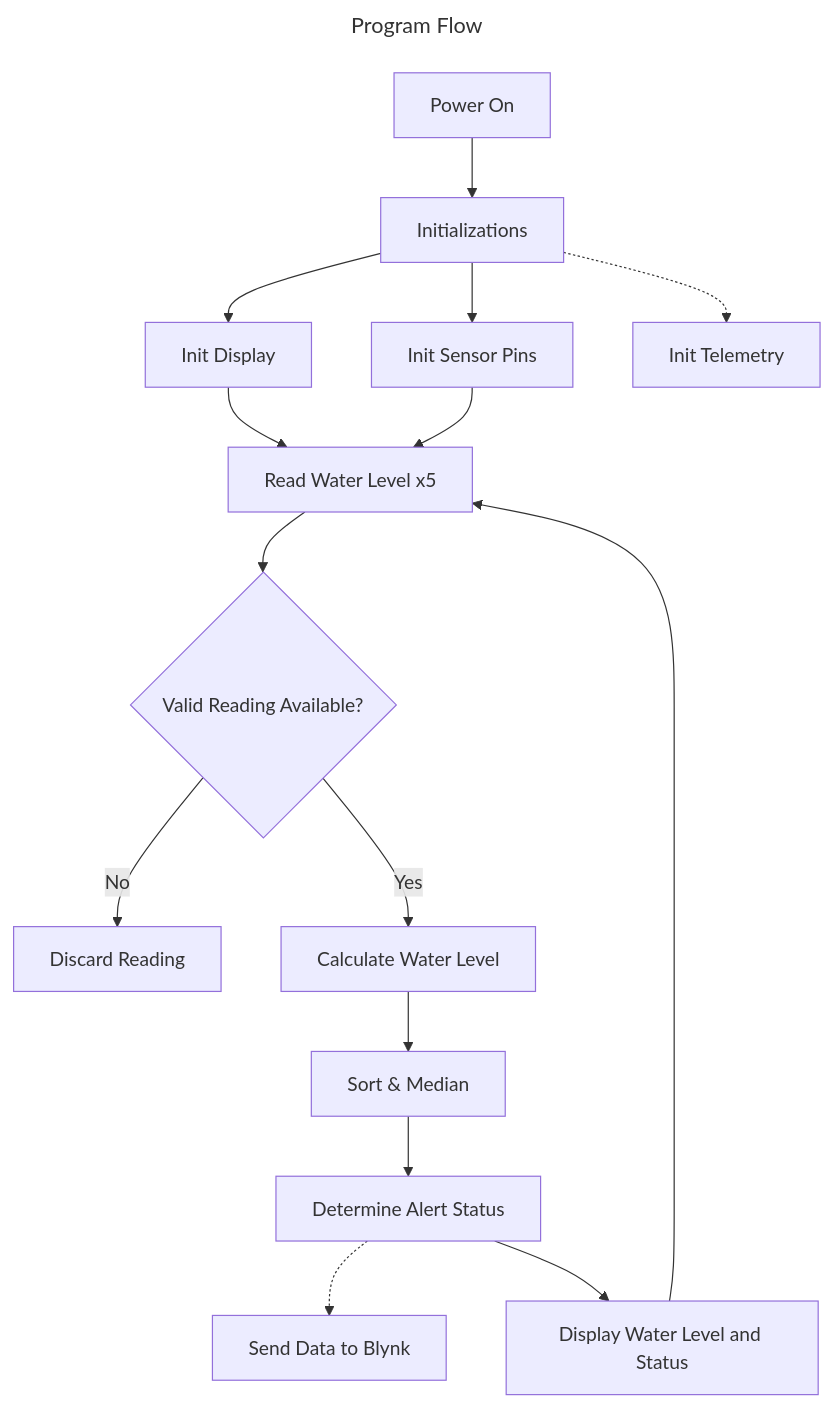
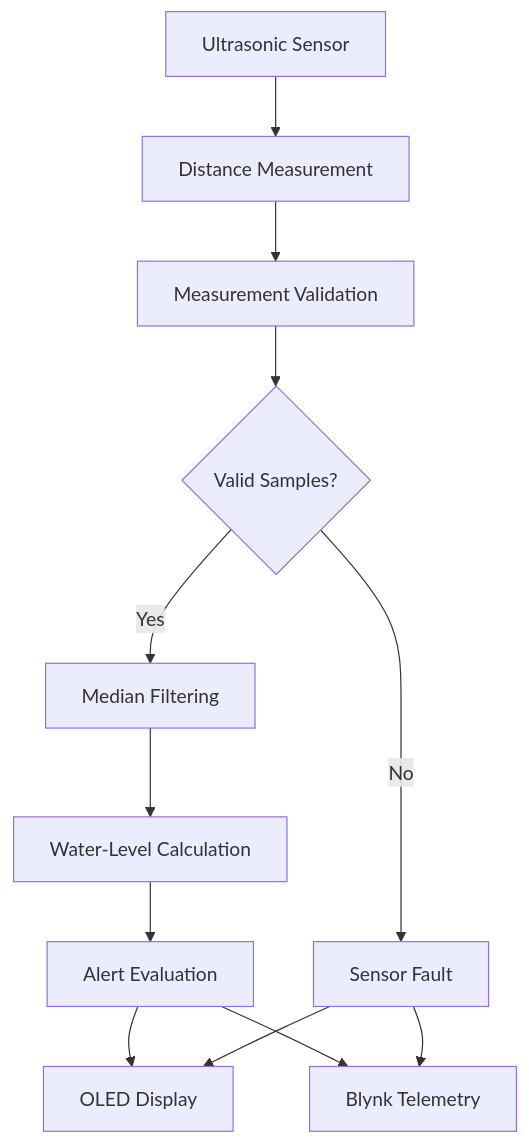
The diagram in docs/architecture.md (WizardInDminor/flood-detection), drawn with Mermaid before and after one commit. The commit also changed other lines of this file and 6 other files, not shown here.

````diff
--- a/docs/architecture.md
+++ b/docs/architecture.md
@@ -46,21 +105,14 @@
 ```mermaid
---- 
-title: "Program Flow" 
----
-flowchart TD  
-
-    A[Power On] --> B[Initializations]
-    B -->M[Init Display]
-    B -->K[Init Sensor Pins]
-    B -.->L[Init Telemetry]
-    M -->C[Read Water Level x5]
-    K -->C
-    C -->D{Valid Reading Available?}
-    D -->|No| E[Discard Reading]
-    D -->|Yes| F[Calculate Water Level]
-    F -->G[Sort & Median]
-    G -->H[Determine Alert Status]
-    H -.-> J[Send Data to Blynk]
-    H -->I[Display Water Level and Status]
-    I -->C
+flowchart TD
+    A["Ultrasonic Sensor"] --> B["Distance Measurement"]
+    B --> C["Measurement Validation"]
+    C --> D{"Valid Samples?"}
+    D -->|Yes| E["Median Filtering"]
+    D -->|No| F["Sensor Fault"]
+    E --> G["Water-Level Calculation"]
+    G --> H["Alert Evaluation"]
+    H --> I["OLED Display"]
+    H --> J["Blynk Telemetry"]
+    F --> I
+    F --> J
 ```
````
